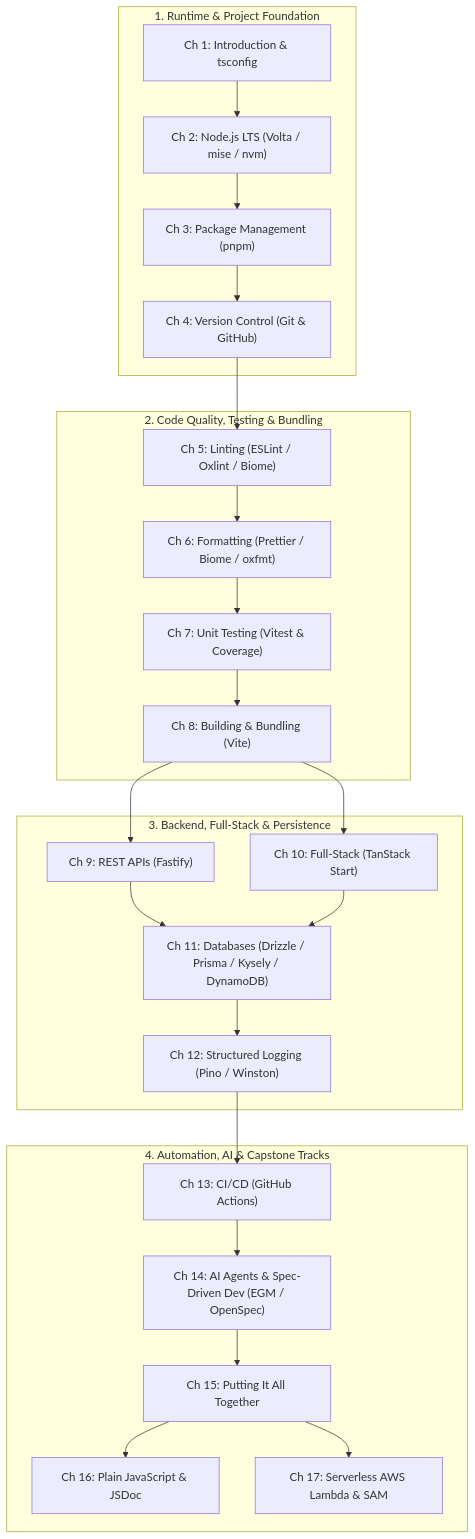
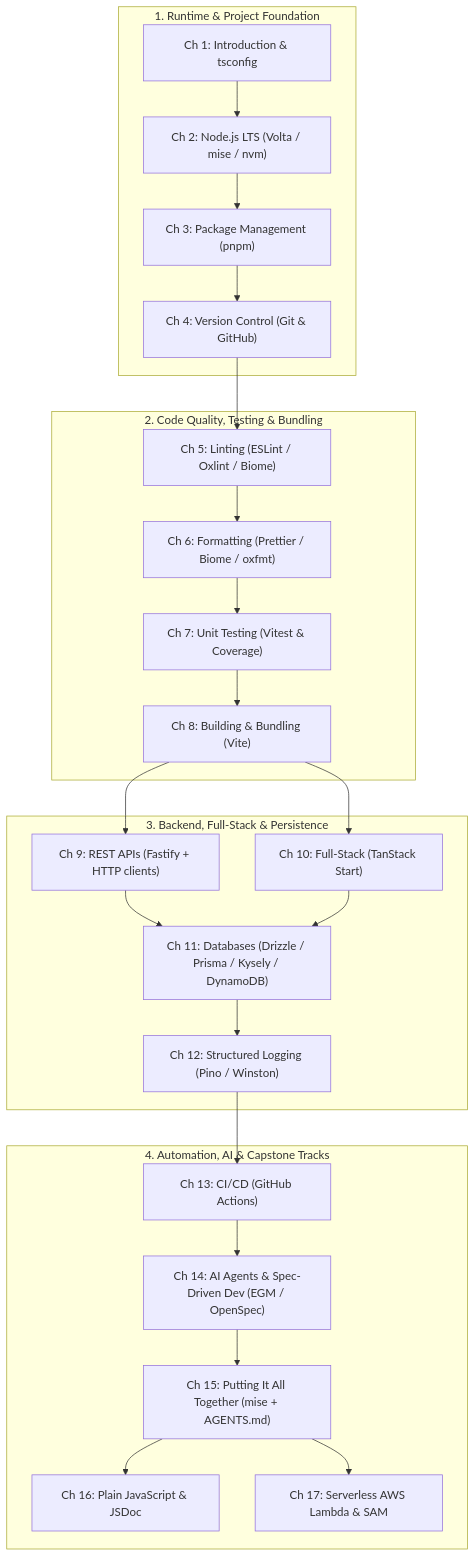
One commit to amitsk/typescript-development-env changed the diagram in README.md. Above: the diagram before and after it, drawn with Mermaid. The commit also changed other lines of this file and 3 other files, not shown here.

Commit message:
Add HTTP clients section, mise + AGENTS.md + bootstrap spec in Ch15, SDD in Ch17

````diff
--- a/README.md
+++ b/README.md
@@ -20,31 +20,31 @@
 ```mermaid
 flowchart TD
     subgraph Foundation["1. Runtime & Project Foundation"]
         C1["Ch 1: Introduction & tsconfig"] --> C2["Ch 2: Node.js LTS (Volta / mise / nvm)"]
         C2 --> C3["Ch 3: Package Management (pnpm)"]
         C3 --> C4["Ch 4: Version Control (Git & GitHub)"]
     end
 
     subgraph Quality["2. Code Quality, Testing & Bundling"]
         C4 --> C5["Ch 5: Linting (ESLint / Oxlint / Biome)"]
         C5 --> C6["Ch 6: Formatting (Prettier / Biome / oxfmt)"]
         C6 --> C7["Ch 7: Unit Testing (Vitest & Coverage)"]
         C7 --> C8["Ch 8: Building & Bundling (Vite)"]
     end
 
     subgraph Apps["3. Backend, Full-Stack & Persistence"]
-        C8 --> C9["Ch 9: REST APIs (Fastify)"]
+        C8 --> C9["Ch 9: REST APIs (Fastify + HTTP clients)"]
         C8 --> C10["Ch 10: Full-Stack (TanStack Start)"]
         C9 --> C11["Ch 11: Databases (Drizzle / Prisma / Kysely / DynamoDB)"]
         C10 --> C11
         C11 --> C12["Ch 12: Structured Logging (Pino / Winston)"]
     end
 
     subgraph Workflows["4. Automation, AI & Capstone Tracks"]
         C12 --> C13["Ch 13: CI/CD (GitHub Actions)"]
         C13 --> C14["Ch 14: AI Agents & Spec-Driven Dev (EGM / OpenSpec)"]
-        C14 --> C15["Ch 15: Putting It All Together"]
+        C14 --> C15["Ch 15: Putting It All Together (mise + AGENTS.md)"]
         C15 --> C16["Ch 16: Plain JavaScript & JSDoc"]
         C15 --> C17["Ch 17: Serverless AWS Lambda & SAM"]
     end
 ```
````
